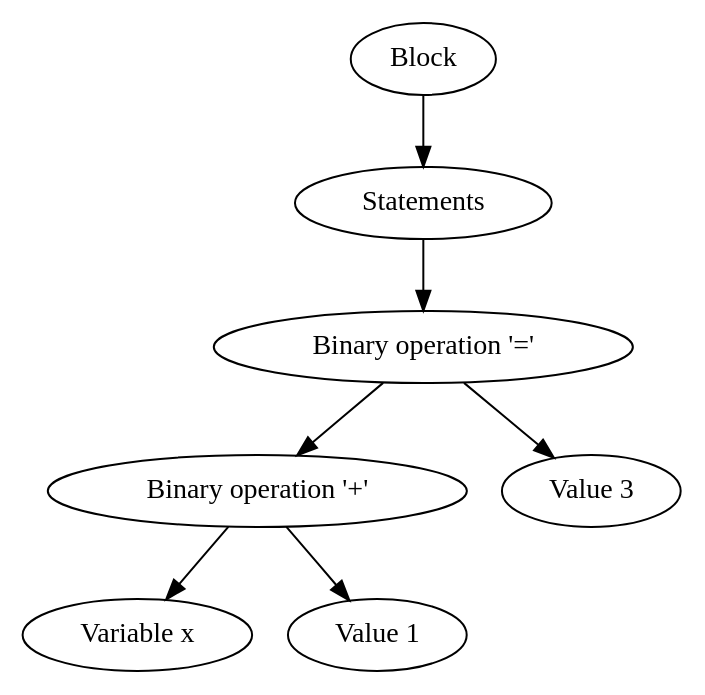
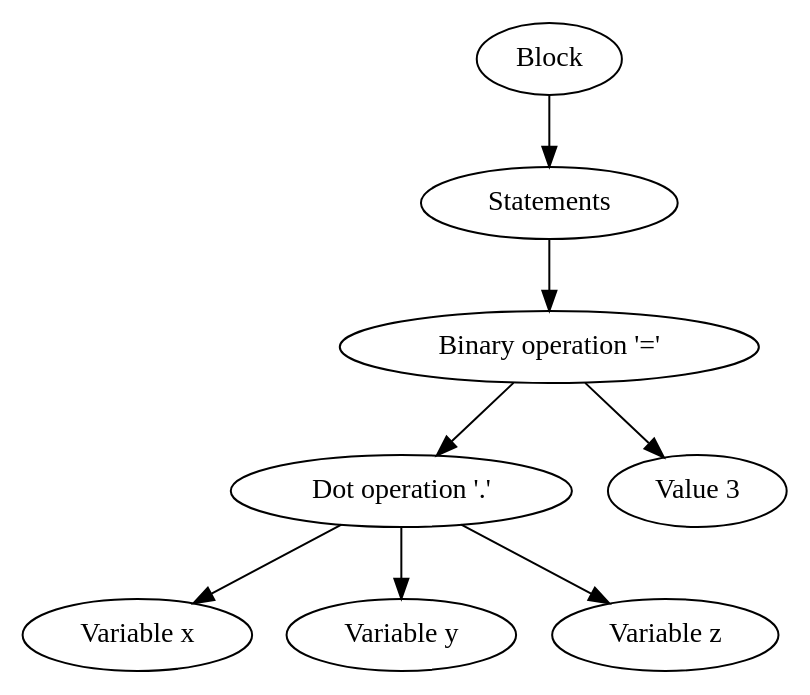
The diagram in parse.dot (Insanious/Alang), drawn with Graphviz before and after one commit. The commit also changed 6 other files, not shown here.

Commit message:
Implemented arrow operation and changed the parse tree layout for the dot operation

```diff
--- a/parse.dot
+++ b/parse.dot
@@ -1,15 +1,17 @@
 digraph { 
 	0 [label="Block"];
 	1 [label="Statements"];
 	0 -> 1
 	2 [label="Binary operation '='"];
 	1 -> 2
-	3 [label="Binary operation '+'"];
+	3 [label="Dot operation '.'"];
 	2 -> 3
 	4 [label="Value 3"];
 	2 -> 4
 	5 [label="Variable x"];
 	3 -> 5
-	6 [label="Value 1"];
+	6 [label="Variable y"];
 	3 -> 6
+	7 [label="Variable z"];
+	3 -> 7
 }
```
